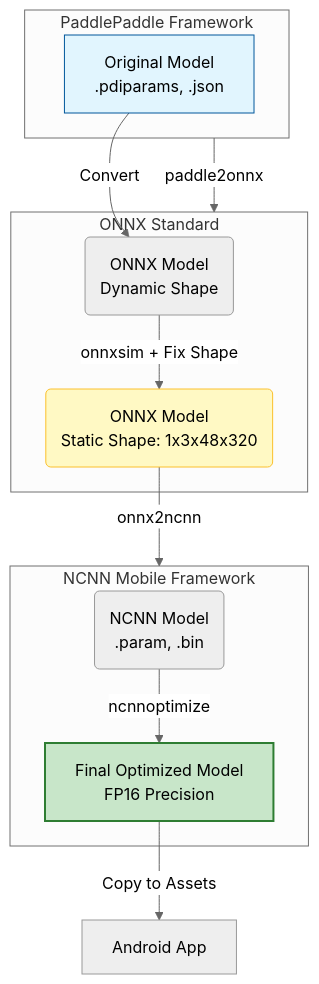
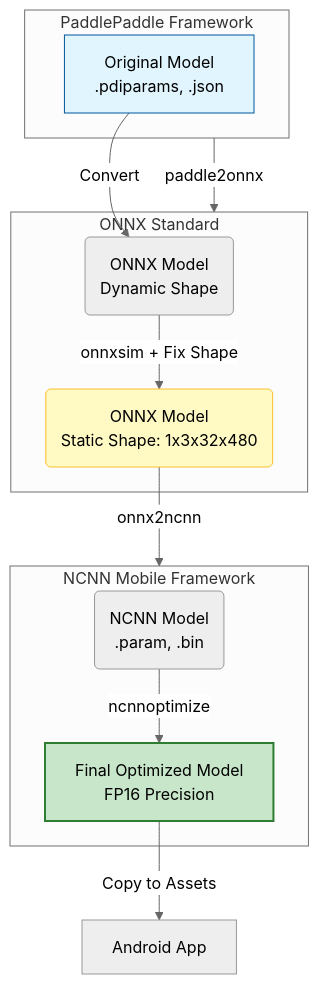
One commit to Kritchanaxt/paddleocr-v5-ncnn-android changed the diagram in README.md. Above: the diagram before and after it, drawn with Mermaid (neutral theme). The commit also changed other lines of this file and 53 other files, not shown here.

````diff
--- a/README.md
+++ b/README.md
@@ -13,27 +13,27 @@
 ```mermaid
 flowchart TD
     subgraph Paddle [PaddlePaddle Framework]
         A[Original Model<br/>.pdiparams, .json]
     end
 
     subgraph ONNX [ONNX Standard]
         B(ONNX Model<br/>Dynamic Shape)
-        C(ONNX Model<br/>Static Shape: 1x3x48x320)
+        C(ONNX Model<br/>Static Shape: 1x3x32x480)
     end
 
     subgraph NCNN [NCNN Mobile Framework]
         D(NCNN Model<br/>.param, .bin)
         E[Final Optimized Model<br/>FP16 Precision]
     end
 
     Paddle -->|paddle2onnx| ONNX
     A -->|Convert| B
     B -->|onnxsim + Fix Shape| C
     C -->|onnx2ncnn| NCNN
     D -->|ncnnoptimize| E
     E -->|Copy to Assets| Android[Android App]
 
     style A fill:#e1f5fe,stroke:#01579b
     style C fill:#fff9c4,stroke:#fbc02d
     style E fill:#c8e6c9,stroke:#2e7d32,stroke-width:2px
 ```
````
